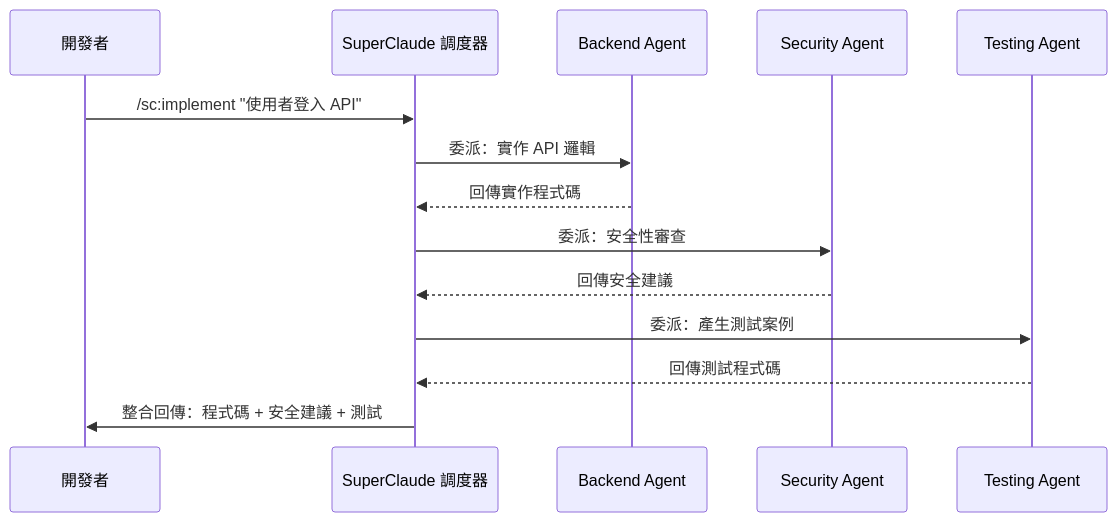
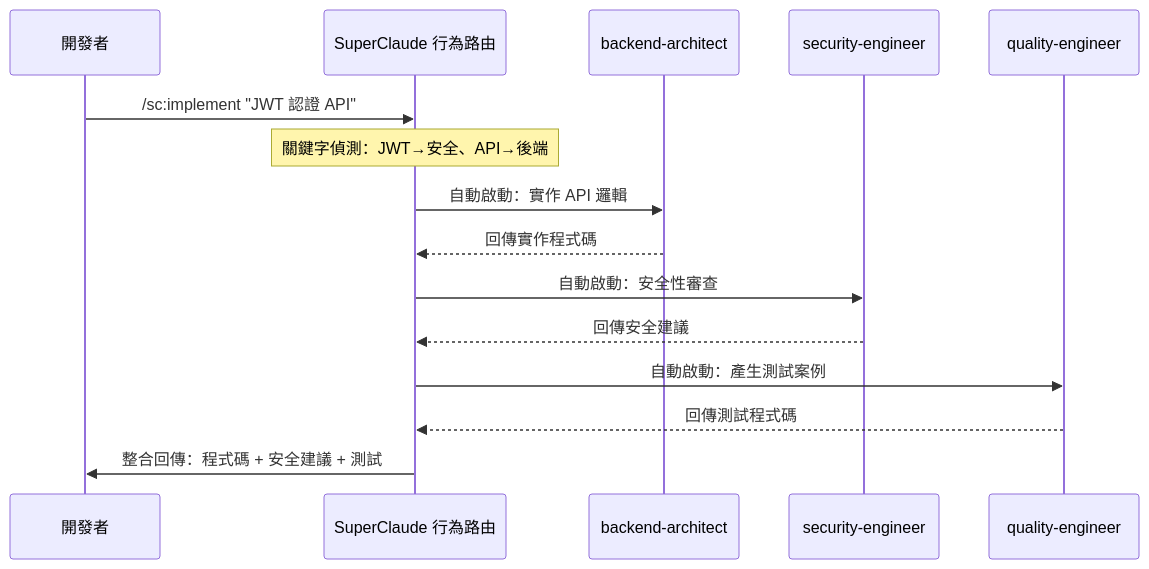
Before and after one commit to chihhung/Blog: the third of 8 diagrams in content/posts/教學/AI開發/SuperClaude Framework生態系教學手冊.md, drawn with Mermaid. The commit also changed other lines of this file and 7 other files, not shown here.

Commit message:
update: AI開發教學手冊內容更新 - SuperClaude, BMAD, Hermes, OpenClaw, Superpowers, opencode, spec-kit, oh-my-openagent

````diff
--- a/content/posts/教學/AI開發/SuperClaude Framework生態系教學手冊.md
+++ b/content/posts/教學/AI開發/SuperClaude Framework生態系教學手冊.md
@@ -1485,17 +1590,18 @@
 ```mermaid
 sequenceDiagram
     participant U as 開發者
-    participant SC as SuperClaude 調度器
-    participant A1 as Backend Agent
-    participant A2 as Security Agent
-    participant A3 as Testing Agent
+    participant SC as SuperClaude 行為路由
+    participant A1 as backend-architect
+    participant A2 as security-engineer
+    participant A3 as quality-engineer
     
-    U->>SC: /sc:implement "使用者登入 API"
-    SC->>A1: 委派：實作 API 邏輯
+    U->>SC: /sc:implement "JWT 認證 API"
+    Note over SC: 關鍵字偵測：JWT→安全、API→後端
+    SC->>A1: 自動啟動：實作 API 邏輯
     A1-->>SC: 回傳實作程式碼
-    SC->>A2: 委派：安全性審查
+    SC->>A2: 自動啟動：安全性審查
     A2-->>SC: 回傳安全建議
-    SC->>A3: 委派：產生測試案例
+    SC->>A3: 自動啟動：產生測試案例
     A3-->>SC: 回傳測試程式碼
     SC->>U: 整合回傳：程式碼 + 安全建議 + 測試
 ```
````
